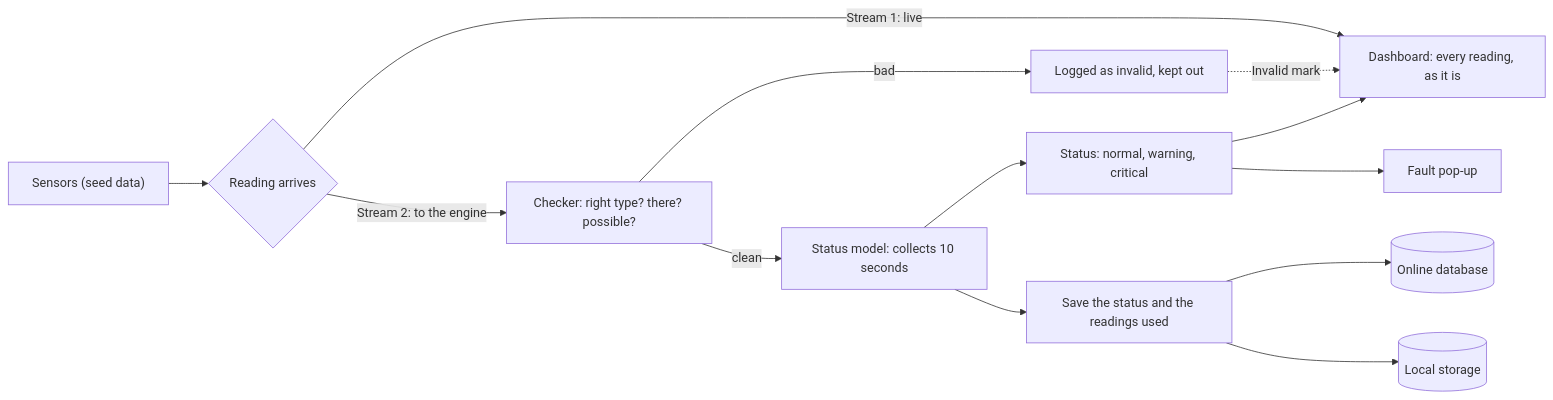
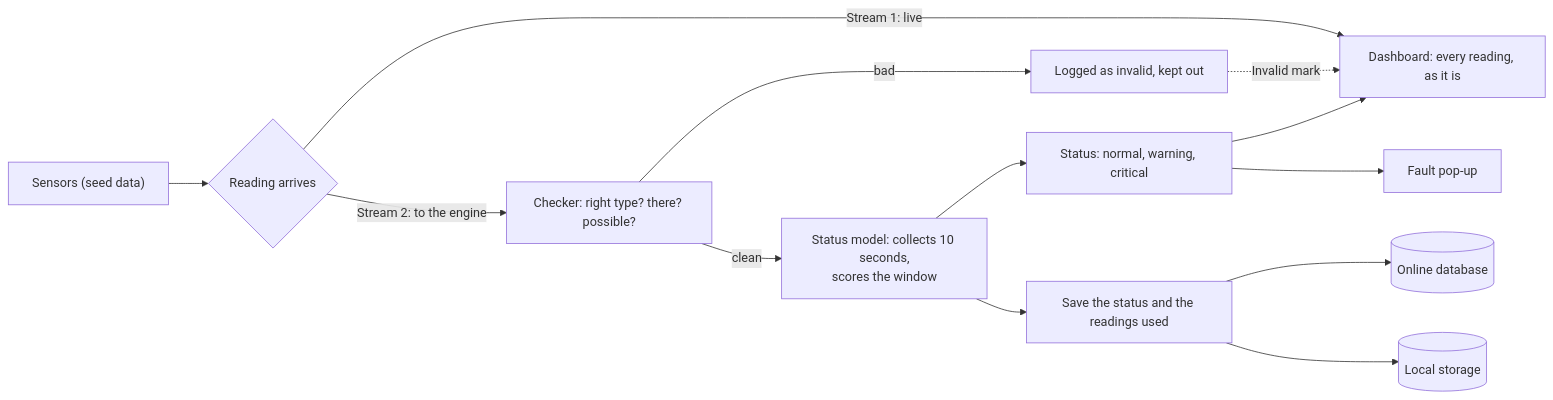
Before and after one commit to Prince-Wayne13/Industrial-Fault-detection-system: the diagram in docs/design/engine.md, drawn with Mermaid. The commit also changed other lines of this file and 12 other files, not shown here.

````diff
--- a/docs/design/engine.md
+++ b/docs/design/engine.md
@@ -14,15 +14,15 @@
 ```mermaid
 flowchart LR
   SEED["Sensors (seed data)"] --> SPLIT{"Reading arrives"}
   SPLIT -->|"Stream 1: live"| DASH["Dashboard: every reading, as it is"]
   SPLIT -->|"Stream 2: to the engine"| CHK["Checker: right type? there? possible?"]
   CHK -->|"bad"| BAD["Logged as invalid, kept out"]
   BAD -.->|"Invalid mark"| DASH
-  CHK -->|"clean"| MODEL["Status model: collects 10 seconds"]
+  CHK -->|"clean"| MODEL["Status model: collects 10 seconds,<br/>scores the window"]
   MODEL --> STATUS["Status: normal, warning, critical"]
   STATUS --> DASH
   STATUS --> POP["Fault pop-up"]
   MODEL --> SAVE["Save the status and the readings used"]
   SAVE --> ONLINE[("Online database")]
   SAVE --> LOCAL[("Local storage")]
 ```
````
